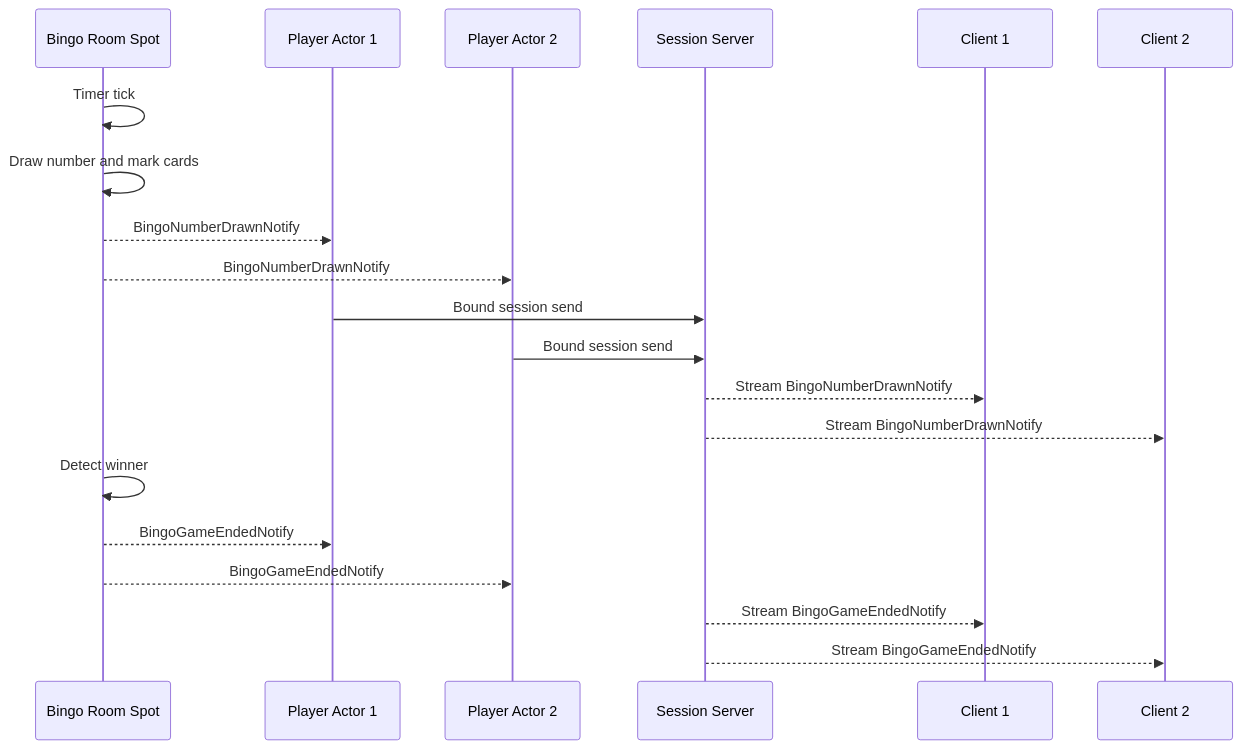
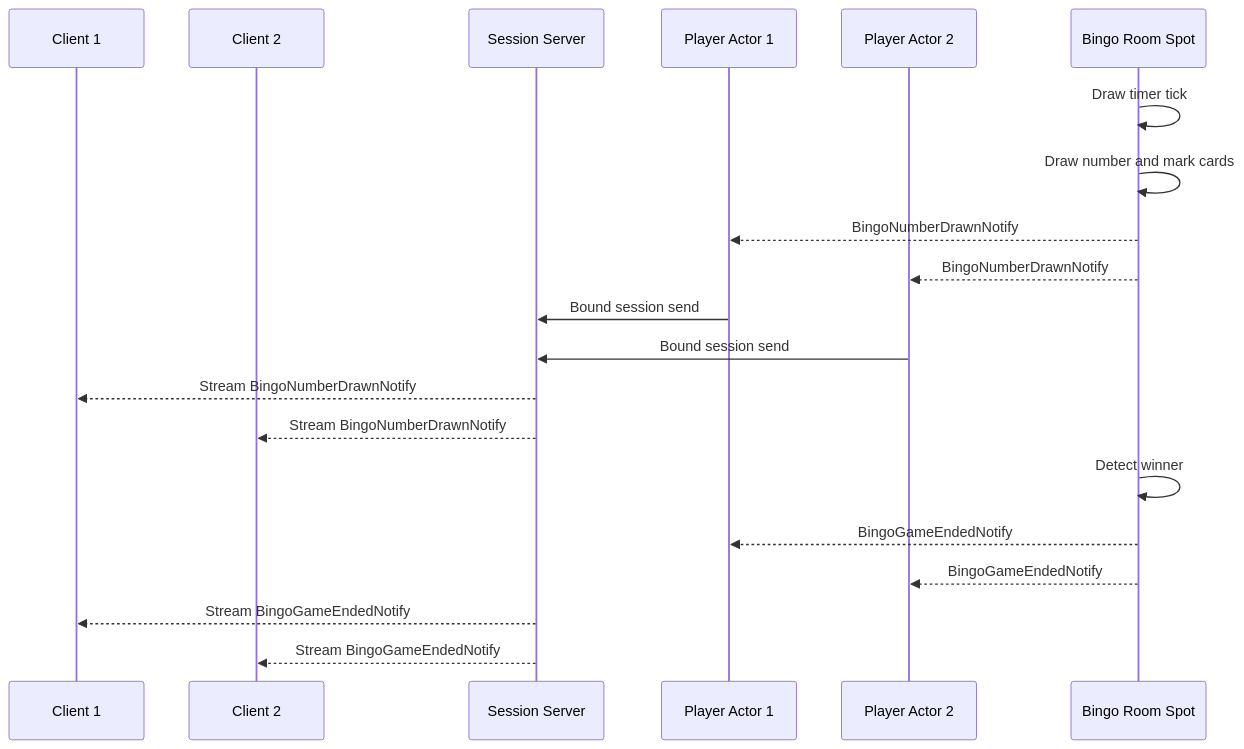
The fourth of 4 diagrams in framework/doc/spec/sample/bingo/README.ko.md (kairos-code-dev/zlink), drawn with Mermaid before and after one commit. The commit also changed other lines of this file, not shown here.

Commit message:
Update bingo sample scenario spec

````diff
--- a/framework/doc/spec/sample/bingo/README.ko.md
+++ b/framework/doc/spec/sample/bingo/README.ko.md
@@ -334,23 +361,23 @@
 ```mermaid
 sequenceDiagram
-    participant R as Bingo Room Spot
+    participant C1 as Client 1
+    participant C2 as Client 2
+    participant S as Session Server
     participant A1 as Player Actor 1
     participant A2 as Player Actor 2
-    participant S as Session Server
-    participant C1 as Client 1
-    participant C2 as Client 2
+    participant R as Bingo Room Spot
 
-    R->>R: Timer tick
+    R->>R: Draw timer tick
     R->>R: Draw number and mark cards
     R-->>A1: BingoNumberDrawnNotify
     R-->>A2: BingoNumberDrawnNotify
     A1->>S: Bound session send
     A2->>S: Bound session send
     S-->>C1: Stream BingoNumberDrawnNotify
     S-->>C2: Stream BingoNumberDrawnNotify
     R->>R: Detect winner
     R-->>A1: BingoGameEndedNotify
     R-->>A2: BingoGameEndedNotify
     S-->>C1: Stream BingoGameEndedNotify
     S-->>C2: Stream BingoGameEndedNotify
 ```
````
